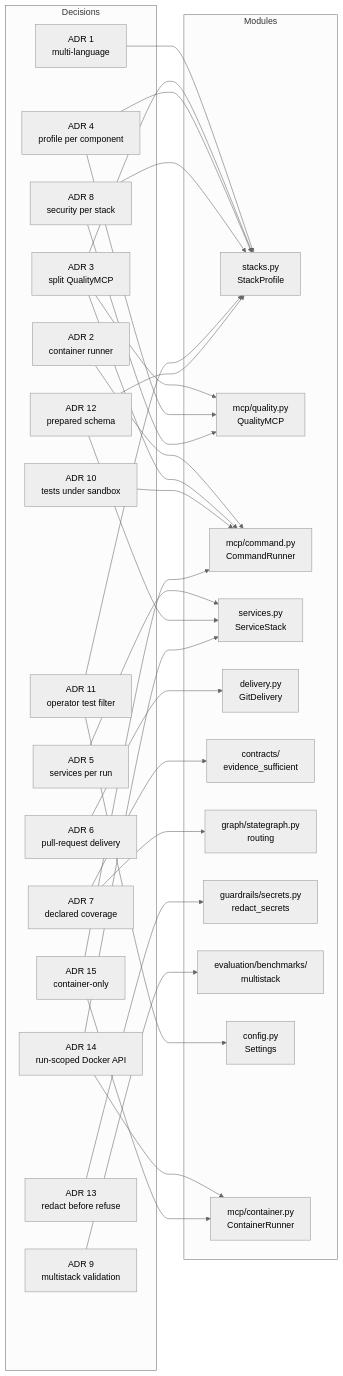
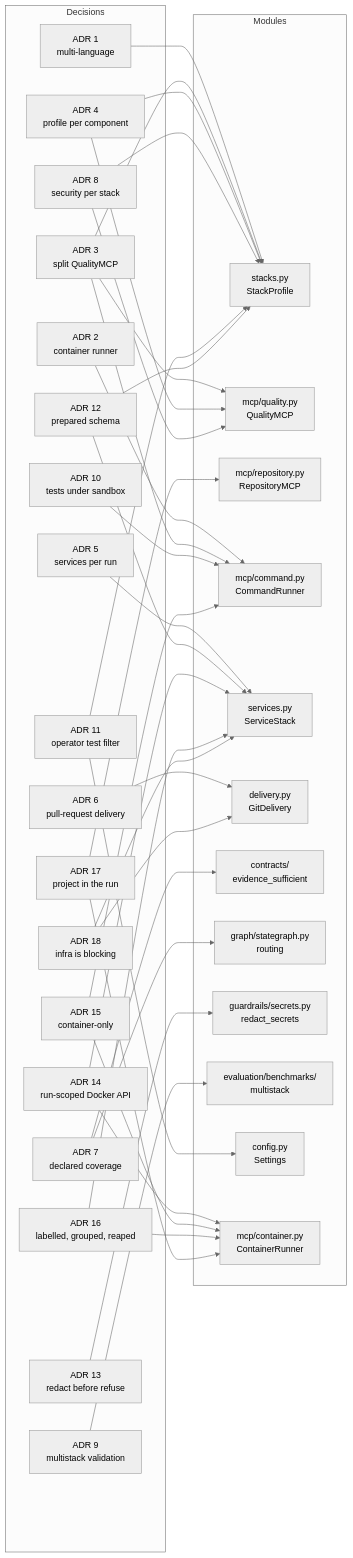
One commit to full-stack-dev-johncastrosanabria/MultiAgent-Software-Engineering-Team. changed the diagram in docs/architecture/decisions/README.md. Above: the diagram before and after it, drawn with Mermaid (neutral theme). The commit also changed other lines of this file and 5 other files, not shown here.

````diff
--- a/docs/architecture/decisions/README.md
+++ b/docs/architecture/decisions/README.md
@@ -38,59 +41,69 @@
 ```mermaid
 flowchart LR
   subgraph D["Decisions"]
     A1["ADR 1<br/>multi-language"]
     A2["ADR 2<br/>container runner"]
     A3["ADR 3<br/>split QualityMCP"]
     A4["ADR 4<br/>profile per component"]
     A5["ADR 5<br/>services per run"]
     A6["ADR 6<br/>pull-request delivery"]
     A7["ADR 7<br/>declared coverage"]
     A8["ADR 8<br/>security per stack"]
     A9["ADR 9<br/>multistack validation"]
     A10["ADR 10<br/>tests under sandbox"]
     A11["ADR 11<br/>operator test filter"]
     A12["ADR 12<br/>prepared schema"]
     A13["ADR 13<br/>redact before refuse"]
     A14["ADR 14<br/>run-scoped Docker API"]
     A15["ADR 15<br/>container-only"]
+    A16["ADR 16<br/>labelled, grouped, reaped"]
+    A17["ADR 17<br/>project in the run"]
+    A18["ADR 18<br/>infra is blocking"]
   end
 
   subgraph M["Modules"]
     ST["stacks.py<br/>StackProfile"]
     QU["mcp/quality.py<br/>QualityMCP"]
+    RE["mcp/repository.py<br/>RepositoryMCP"]
     RU["mcp/command.py<br/>CommandRunner"]
     SV["services.py<br/>ServiceStack"]
     DE["delivery.py<br/>GitDelivery"]
     CO["contracts/<br/>evidence_sufficient"]
     GR["graph/stategraph.py<br/>routing"]
     GU["guardrails/secrets.py<br/>redact_secrets"]
     EV["evaluation/benchmarks/<br/>multistack"]
     CF["config.py<br/>Settings"]
     CN["mcp/container.py<br/>ContainerRunner"]
   end
 
   A1 --> ST
   A2 --> RU
   A3 --> QU
   A3 --> RU
   A3 --> ST
   A4 --> ST
   A4 --> QU
   A5 --> SV
   A6 --> DE
   A7 --> CO
   A7 --> GR
   A8 --> ST
   A8 --> QU
   A9 --> EV
   A10 --> RU
   A11 --> CF
   A11 --> ST
   A12 --> ST
   A12 --> SV
   A13 --> GU
   A14 --> CN
   A14 --> SV
   A15 --> CN
   A15 --> RU
+  A16 --> CN
+  A16 --> SV
+  A17 --> RE
+  A17 --> CN
+  A18 --> SV
+  A18 --> DE
 ```
````
